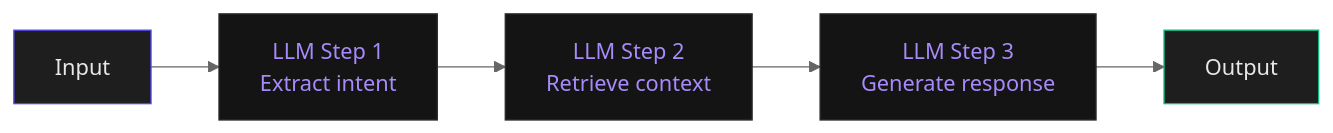
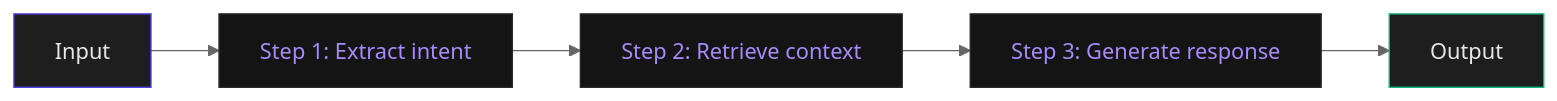
Before and after one commit to thepandanlabs/applied-ai-from-scratch: the second of 8 diagrams in slides/phase-04-agents.md, drawn with Mermaid (neutral theme). The commit also changed other lines of this file and 1 other file, not shown here.

First line of the commit message:
fix(slides): mermaid syntax errors and table bottom border

```diff
--- a/slides/phase-04-agents.md
+++ b/slides/phase-04-agents.md
@@ -141,13 +137,12 @@
 <div class="mermaid">
 flowchart LR
-    A[Input] --> B[LLM Step 1\nExtract intent]
-    B --> C[LLM Step 2\nRetrieve context]
-    C --> D[LLM Step 3\nGenerate response]
+    A[Input] --> B[Step 1: Extract intent]
+    B --> C[Step 2: Retrieve context]
+    C --> D[Step 3: Generate response]
     D --> E[Output]
-
     style A fill:#1e1e1e,color:#e8e8e8,stroke:#4f46e5
     style E fill:#1e1e1e,color:#e8e8e8,stroke:#10b981
     style B fill:#141414,color:#a78bfa,stroke:#2a2a2a
     style C fill:#141414,color:#a78bfa,stroke:#2a2a2a
     style D fill:#141414,color:#a78bfa,stroke:#2a2a2a
 </div>
```
